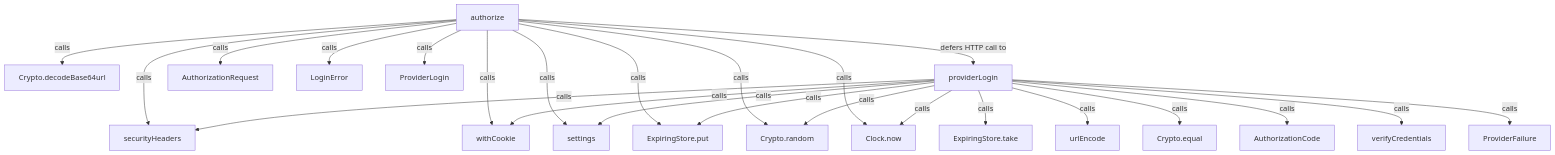
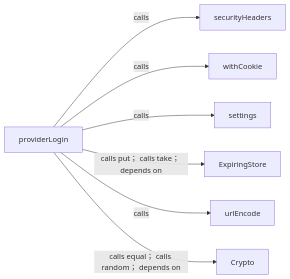
One commit to GreenPandaStudios/augscript changed the third of 12 diagrams in docs/examples/oidc-login/provider/authorization-diagrams.md. Above: the diagram before and after it, drawn with Mermaid. The commit also changed other lines of this file and 304 other files, not shown here.

Commit message:
Make generated data-flow sequences concise and review every diagram

````diff
--- a/docs/examples/oidc-login/provider/authorization-diagrams.md
+++ b/docs/examples/oidc-login/provider/authorization-diagrams.md
@@ -60,44 +55,16 @@
 ```mermaid
-flowchart TD
+flowchart LR
     n0["securityHeaders"]
     n1["withCookie"]
     n2["settings"]
-    n3["ExpiringStore.put"]
-    n4["ExpiringStore.take"]
-    n5["urlEncode"]
-    n6["Crypto.decodeBase64url"]
-    n7["Crypto.equal"]
-    n8["Crypto.random"]
-    n9["Clock.now"]
-    n10["authorize"]
-    n11["providerLogin"]
-    n12["AuthorizationCode"]
-    n13["AuthorizationRequest"]
-    n14["LoginError"]
-    n15["verifyCredentials"]
-    n16["ProviderFailure"]
-    n17["ProviderLogin"]
-    n10 -->|"calls"| n0
-    n10 -->|"calls"| n1
-    n10 -->|"calls"| n2
-    n10 -->|"calls"| n3
-    n10 -->|"calls"| n6
-    n10 -->|"calls"| n8
-    n10 -->|"calls"| n9
-    n10 -->|"defers HTTP call to"| n11
-    n10 -->|"calls"| n13
-    n10 -->|"calls"| n14
-    n10 -->|"calls"| n17
-    n11 -->|"calls"| n0
-    n11 -->|"calls"| n1
-    n11 -->|"calls"| n2
-    n11 -->|"calls"| n3
-    n11 -->|"calls"| n4
-    n11 -->|"calls"| n5
-    n11 -->|"calls"| n7
-    n11 -->|"calls"| n8
-    n11 -->|"calls"| n9
-    n11 -->|"calls"| n12
-    n11 -->|"calls"| n15
-    n11 -->|"calls"| n16
+    n3["ExpiringStore"]
+    n4["urlEncode"]
+    n5["Crypto"]
+    n6["providerLogin"]
+    n6 -->|"calls"| n0
+    n6 -->|"calls"| n1
+    n6 -->|"calls"| n2
+    n6 -->|"calls put； calls take； depends on"| n3
+    n6 -->|"calls"| n4
+    n6 -->|"calls equal； calls random； depends on"| n5
 ```
````
